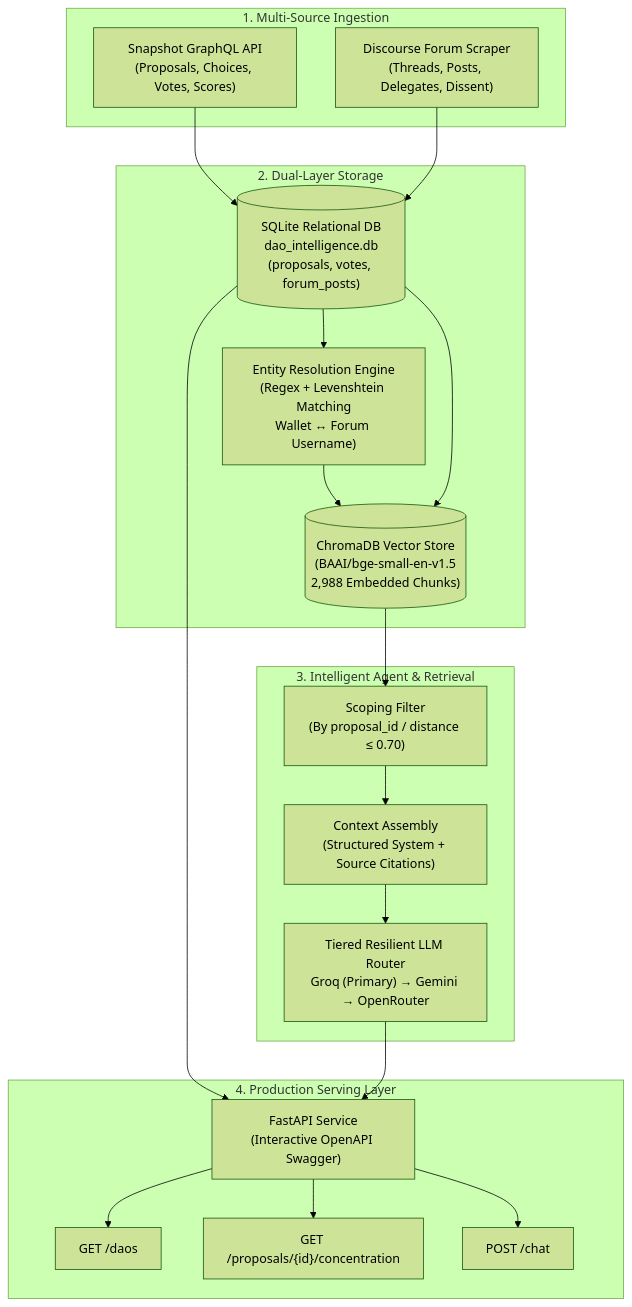
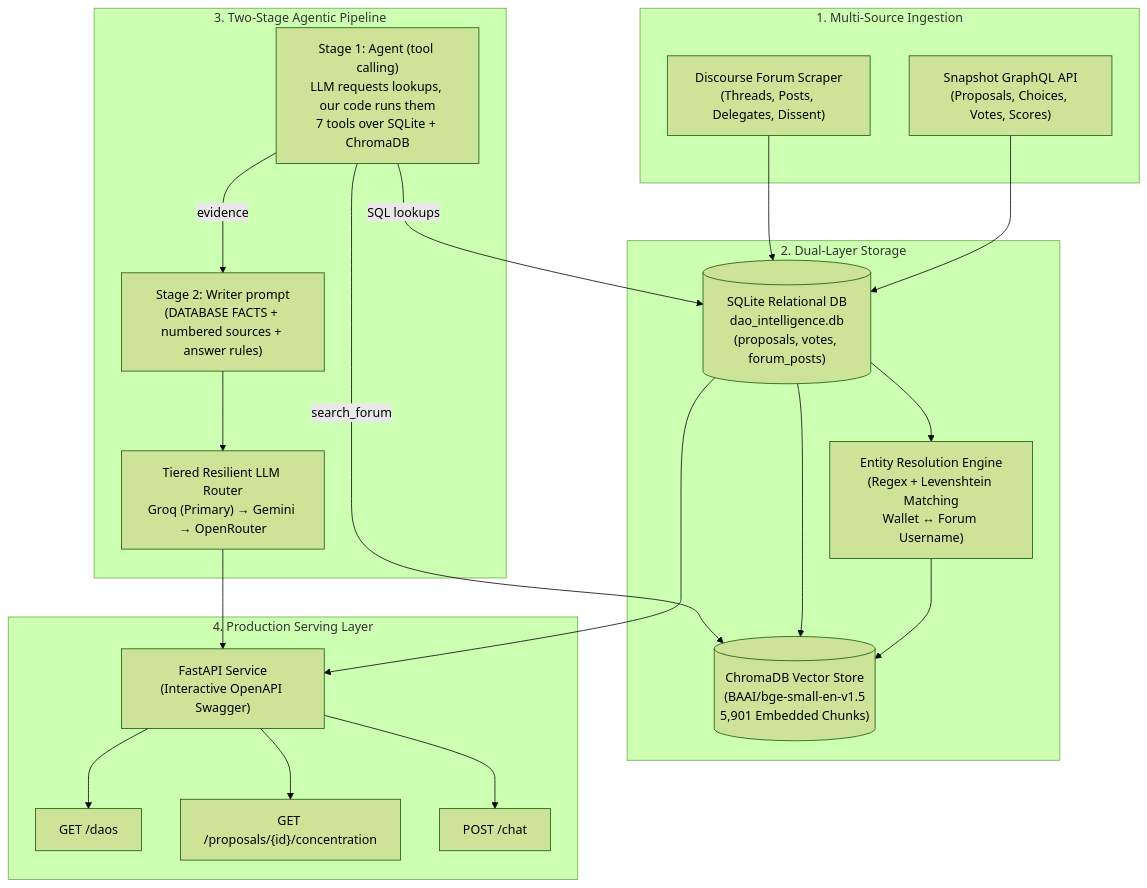
One commit to Rakshitgoyal770/DOA-BACKEND changed the diagram in README.md. Above: the diagram before and after it, drawn with Mermaid (forest theme). The commit also changed other lines of this file and 5 other files, not shown here.

Commit message:
docs: describe the agent pipeline; add eXPlEARNING experiments

````diff
--- a/README.md
+++ b/README.md
@@ -59,37 +59,39 @@
 ```mermaid
 flowchart TD
     subgraph Ingestion ["1. Multi-Source Ingestion"]
         SNAP["Snapshot GraphQL API<br/>(Proposals, Choices, Votes, Scores)"]
         DISC["Discourse Forum Scraper<br/>(Threads, Posts, Delegates, Dissent)"]
     end
 
     subgraph Storage ["2. Dual-Layer Storage"]
         SQL[("SQLite Relational DB<br/>dao_intelligence.db<br/>(proposals, votes, forum_posts)")]
         RESOLV["Entity Resolution Engine<br/>(Regex + Levenshtein Matching<br/>Wallet &harr; Forum Username)"]
-        CHROMA[("ChromaDB Vector Store<br/>(BAAI/bge-small-en-v1.5<br/>2,988 Embedded Chunks)")]
+        CHROMA[("ChromaDB Vector Store<br/>(BAAI/bge-small-en-v1.5<br/>5,901 Embedded Chunks)")]
     end
 
-    subgraph Engine ["3. Intelligent Agent & Retrieval"]
-        FILTER["Scoping Filter<br/>(By proposal_id / distance &le; 0.70)"]
-        PROMPT["Context Assembly<br/>(Structured System + Source Citations)"]
+    subgraph Engine ["3. Two-Stage Agentic Pipeline"]
+        AGENT["Stage 1: Agent (tool calling)<br/>LLM requests lookups, our code runs them<br/>7 tools over SQLite + ChromaDB"]
+        PROMPT["Stage 2: Writer prompt<br/>(DATABASE FACTS + numbered sources + answer rules)"]
         LLM["Tiered Resilient LLM Router<br/>Groq (Primary) &rarr; Gemini &rarr; OpenRouter"]
     end
 
     subgraph API ["4. Production Serving Layer"]
         FAST["FastAPI Service<br/>(Interactive OpenAPI Swagger)"]
         C1["GET /daos"]
         C2["GET /proposals/{id}/concentration"]
         C3["POST /chat"]
     end
 
     SNAP --> SQL
     DISC --> SQL
     SQL --> RESOLV --> CHROMA
     SQL --> CHROMA
-    CHROMA --> FILTER --> PROMPT --> LLM
+    AGENT -->|"SQL lookups"| SQL
+    AGENT -->|"search_forum"| CHROMA
+    AGENT -->|"evidence"| PROMPT --> LLM
     SQL --> FAST
     LLM --> FAST
     FAST --> C1
     FAST --> C2
     FAST --> C3
 ```
````
